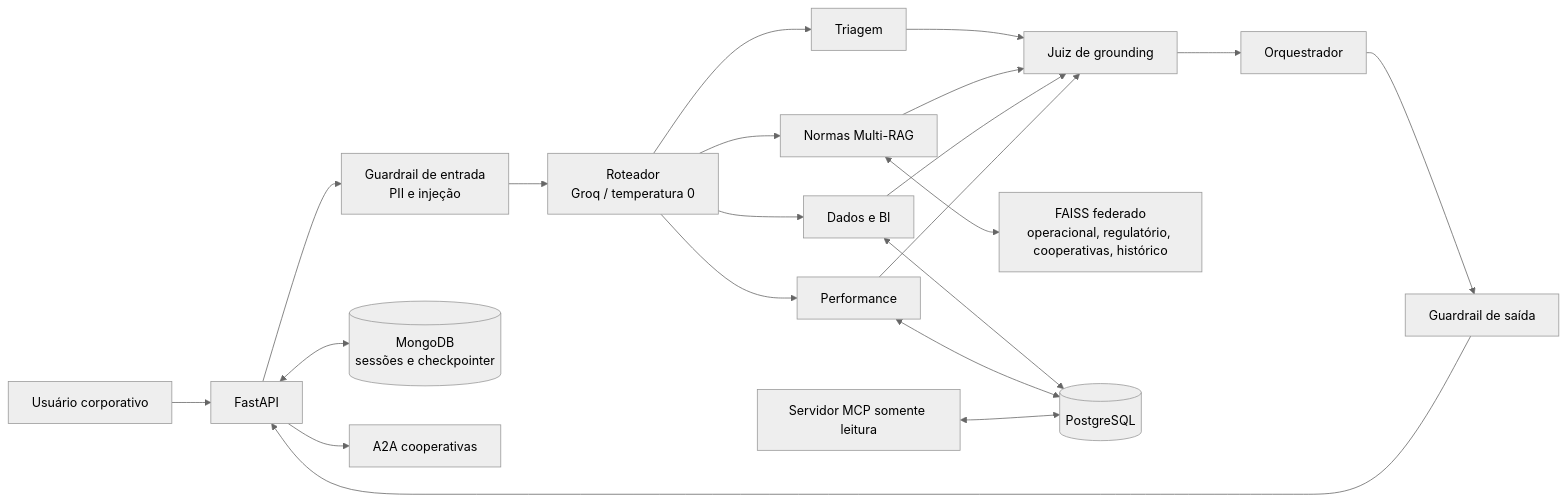
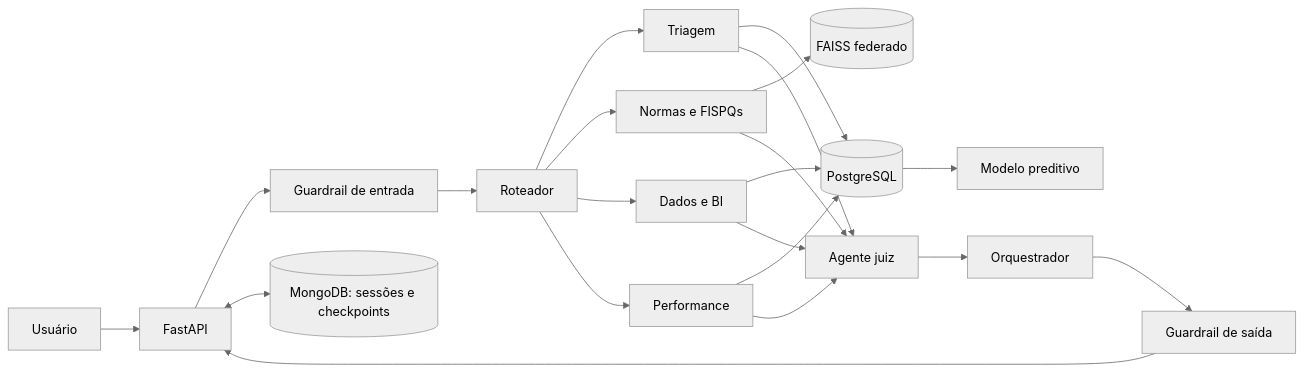
The diagram in README.md (app-volta/volta-chatbot), drawn with Mermaid (neutral theme) before and after one commit. The commit also changed other lines of this file, not shown here.

````diff
--- a/README.md
+++ b/README.md
@@ -7,23 +23,23 @@
-```mermaid
+~~~mermaid
 flowchart LR
-    U["Usuário corporativo"] --> API["FastAPI"]
-    API --> GI["Guardrail de entrada\nPII e injeção"]
-    GI --> R["Roteador\nGroq / temperatura 0"]
-    R --> T["Triagem"]
-    R --> N["Normas Multi-RAG"]
-    R --> D["Dados e BI"]
-    R --> P["Performance"]
-    T --> J["Juiz de grounding"]
+    U[Usuário] --> API[FastAPI]
+    API --> GI[Guardrail de entrada]
+    GI --> R[Roteador]
+    R --> T[Triagem]
+    R --> N[Normas e FISPQs]
+    R --> D[Dados e BI]
+    R --> P[Performance]
+    T --> SQL[(PostgreSQL)]
+    D --> SQL
+    P --> SQL
+    SQL --> PR[Modelo preditivo]
+    N --> RAG[(FAISS federado)]
+    T --> J[Agente juiz]
     N --> J
     D --> J
     P --> J
-    J --> O["Orquestrador"]
-    O --> GS["Guardrail de saída"]
-    GS --> API
-    N <--> F["FAISS federado\noperacional, regulatório, cooperativas, histórico"]
-    D <--> PG[("PostgreSQL")]
-    P <--> PG
-    API <--> MG[("MongoDB\nsessões e checkpointer")]
-    API --> A2A["A2A cooperativas"]
-    MCP["Servidor MCP somente leitura"] <--> PG
-```
+    J --> O[Orquestrador]
+    O --> GO[Guardrail de saída]
+    GO --> API
+    API <--> M[(MongoDB: sessões e checkpoints)]
+~~~
````
